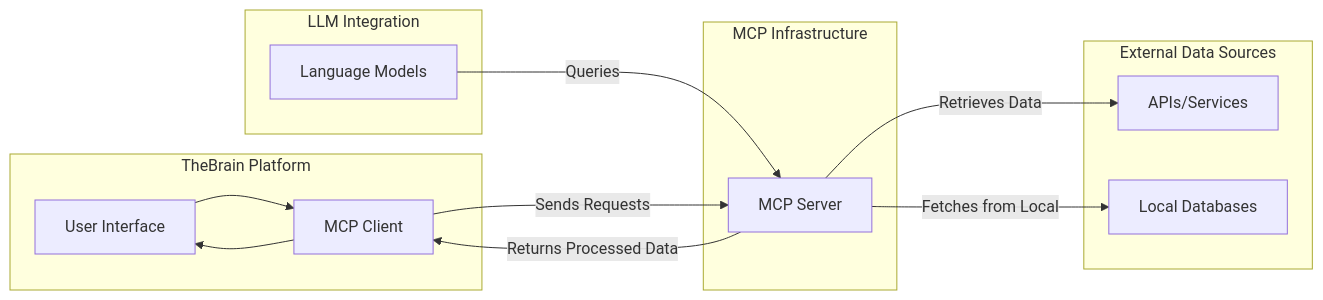
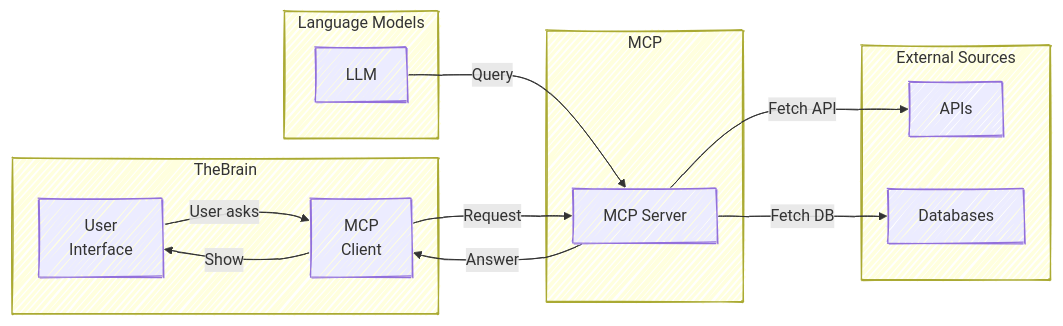
The diagram in _posts/2025-05-15-thebrain-mcp-server.md (enogrob/enogrob.github.io), drawn with Mermaid before and after one commit. The commit also changed 4 other files, not shown here.

Commit message:
update-mermaid-to-sketch-style

````diff
--- a/_posts/2025-05-15-thebrain-mcp-server.md
+++ b/_posts/2025-05-15-thebrain-mcp-server.md
@@ -36,28 +36,29 @@
 ```mermaid!
+%%{init: {"theme": "default", "look": "handDrawn"}}%%
 graph LR
-    subgraph TheBrain Platform
-        A[User Interface]
-        B[MCP Client]
+    subgraph TheBrain
+        UI["User<br>Interface"]
+        Client["MCP<br>Client"]
     end
 
-    subgraph LLM Integration
-        F[Language Models]
+    subgraph "Language Models"
+        LLM[LLM]
     end
 
-    subgraph MCP Infrastructure
-        C[MCP Server]
+    subgraph MCP
+        Server[MCP Server]
     end
 
-    subgraph External Data Sources
-        D[APIs/Services]
-        E[Local Databases]
+    subgraph "External Sources"
+        APIs[APIs]
+        DBs[Databases]
     end
 
-    A --> B
-    B -- Sends Requests --> C
-    F -- Queries --> C
-    C -- Retrieves Data --> D
-    C -- Fetches from Local --> E
-    C -- Returns Processed Data --> B
-    B --> A
+    UI -- "User asks" --> Client
+    Client -- "Request" --> Server
+    LLM -- "Query" --> Server
+    Server -- "Fetch API" --> APIs
+    Server -- "Fetch DB" --> DBs
+    Server -- "Answer" --> Client
+    Client -- "Show" --> UI
 ```
````
